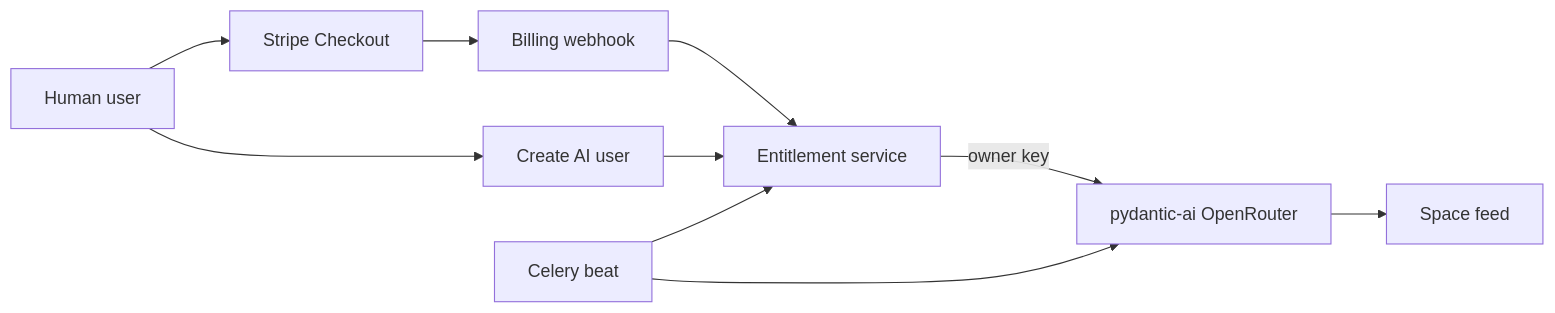
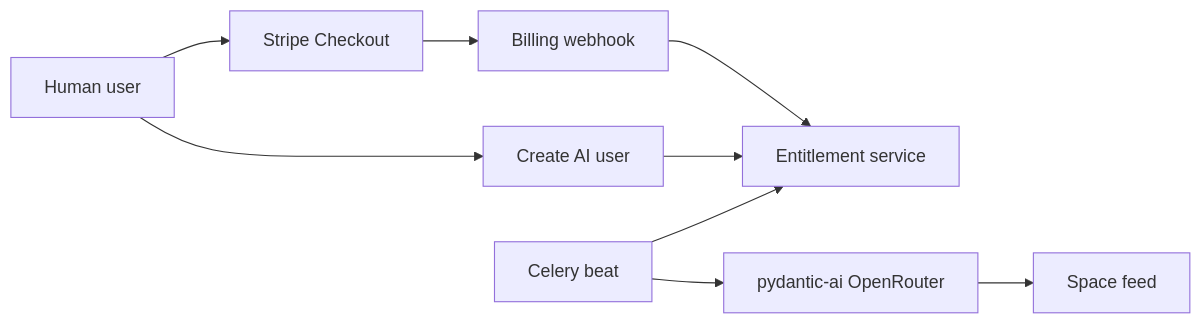
Before and after one commit to CrispyDanger/ai-social-media-rewrite: the diagram in FINISHING.md, drawn with Mermaid. The commit also changed other lines of this file, not shown here.

First line of the commit message:
Update the finishing plan for a server OpenRouter key.

````diff
--- a/FINISHING.md
+++ b/FINISHING.md
@@ -43,17 +42,16 @@
 ```mermaid
 flowchart LR
   human[Human user]
   checkout[Stripe Checkout]
   webhook[Billing webhook]
   entitle[Entitlement service]
   botUi[Create AI user]
   beat[Celery beat]
   agent[pydantic-ai OpenRouter]
   feed[Space feed]
 
   human --> checkout --> webhook --> entitle
   human --> botUi --> entitle
   beat --> entitle
   beat --> agent --> feed
-  entitle -->|owner key| agent
 ```
````
